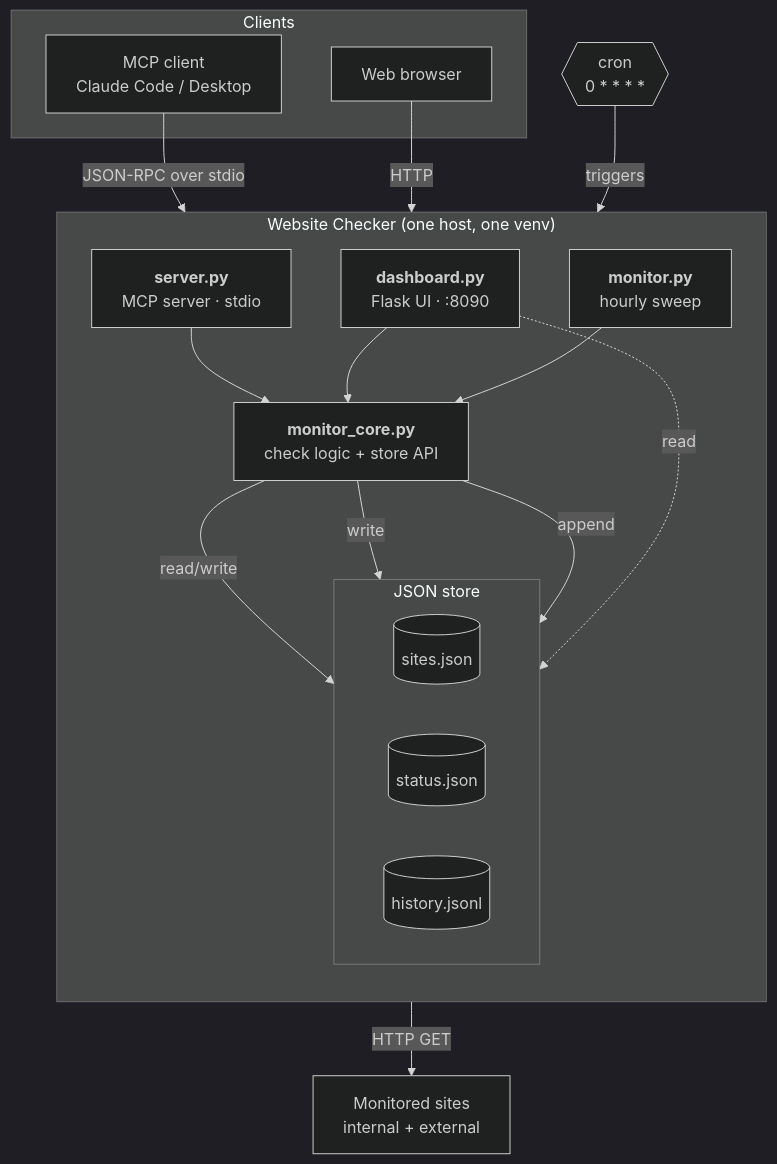
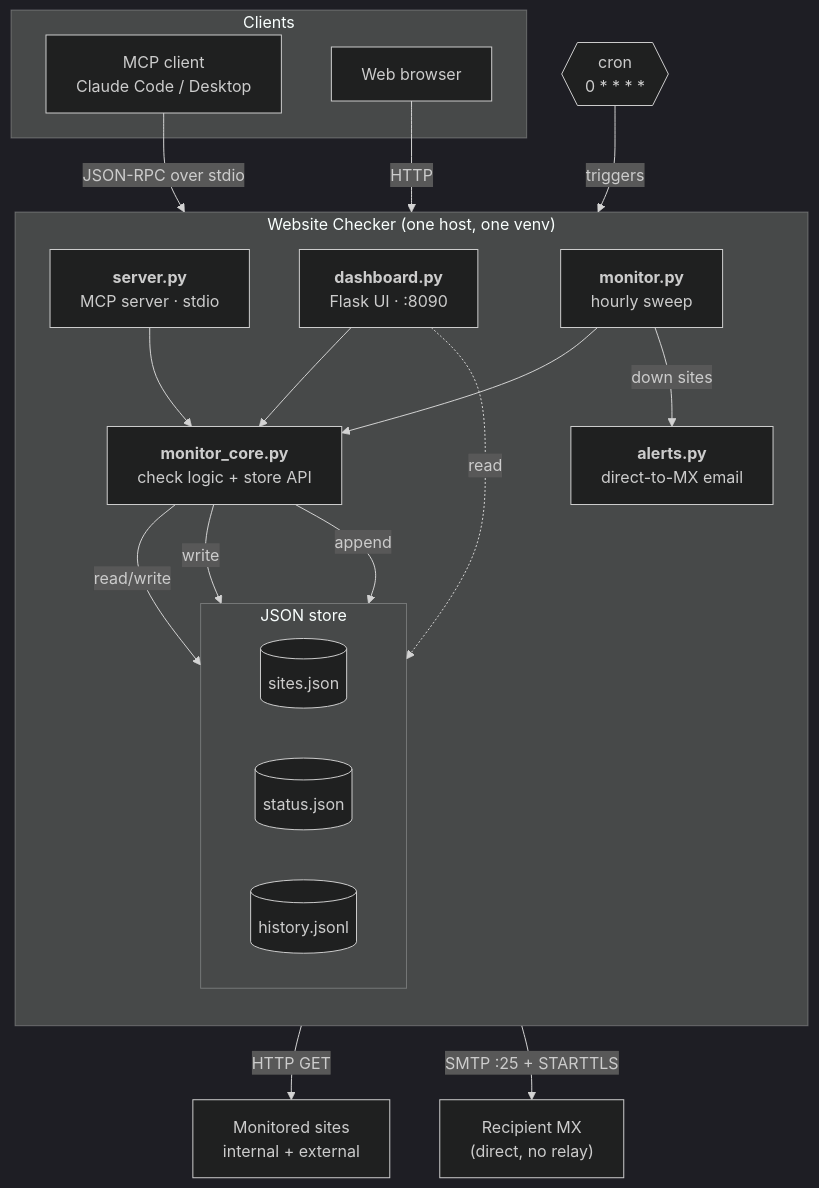
One commit to siranjeevi93/website_checker changed the first of 3 diagrams in docs/ARCHITECTURE.md. Above: the diagram before and after it, drawn with Mermaid (dark theme). The commit also changed other lines of this file and 6 other files, not shown here.

First line of the commit message:
Add optional email alerts (direct-to-MX, no relay/MTA required)

````diff
--- a/docs/ARCHITECTURE.md
+++ b/docs/ARCHITECTURE.md
@@ -10,39 +10,43 @@
 ```mermaid
 flowchart TB
     subgraph clients["Clients"]
         MC["MCP client<br/>Claude Code / Desktop"]
         BR["Web browser"]
     end
 
     subgraph app["Website Checker (one host, one venv)"]
         direction TB
         SRV["<b>server.py</b><br/>MCP server · stdio"]
         DASH["<b>dashboard.py</b><br/>Flask UI · :8090"]
         MON["<b>monitor.py</b><br/>hourly sweep"]
         CORE["<b>monitor_core.py</b><br/>check logic + store API"]
+        ALERT["<b>alerts.py</b><br/>direct-to-MX email"]
 
         subgraph store["JSON store"]
             direction LR
             S1[("sites.json")]
             S2[("status.json")]
             S3[("history.jsonl")]
         end
     end
 
     CRON{{"cron<br/>0 * * * *"}}
     TARGETS["Monitored sites<br/>internal + external"]
 
     MC -->|JSON-RPC over stdio| SRV
     BR -->|HTTP| DASH
     CRON -->|triggers| MON
 
     SRV --> CORE
     DASH --> CORE
     MON --> CORE
 
     CORE -->|HTTP GET| TARGETS
     CORE -->|read/write| S1
     CORE -->|write| S2
     CORE -->|append| S3
     DASH -.read.-> S2
+
+    MON -->|down sites| ALERT
+    ALERT -->|SMTP :25 + STARTTLS| MAIL["Recipient MX<br/>(direct, no relay)"]
 ```
````
